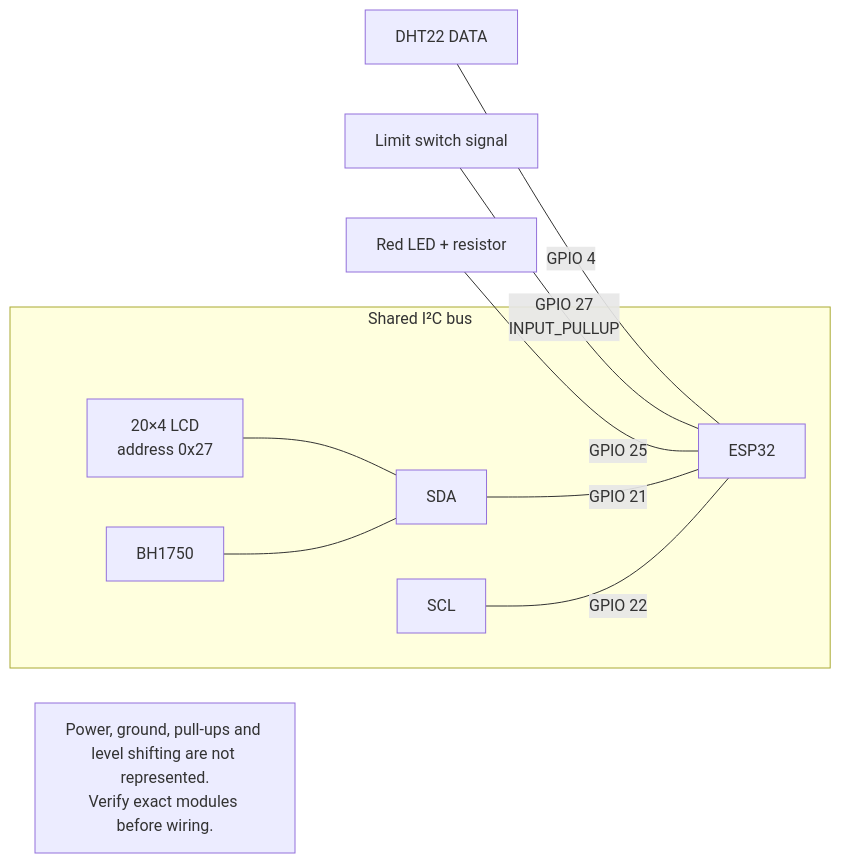
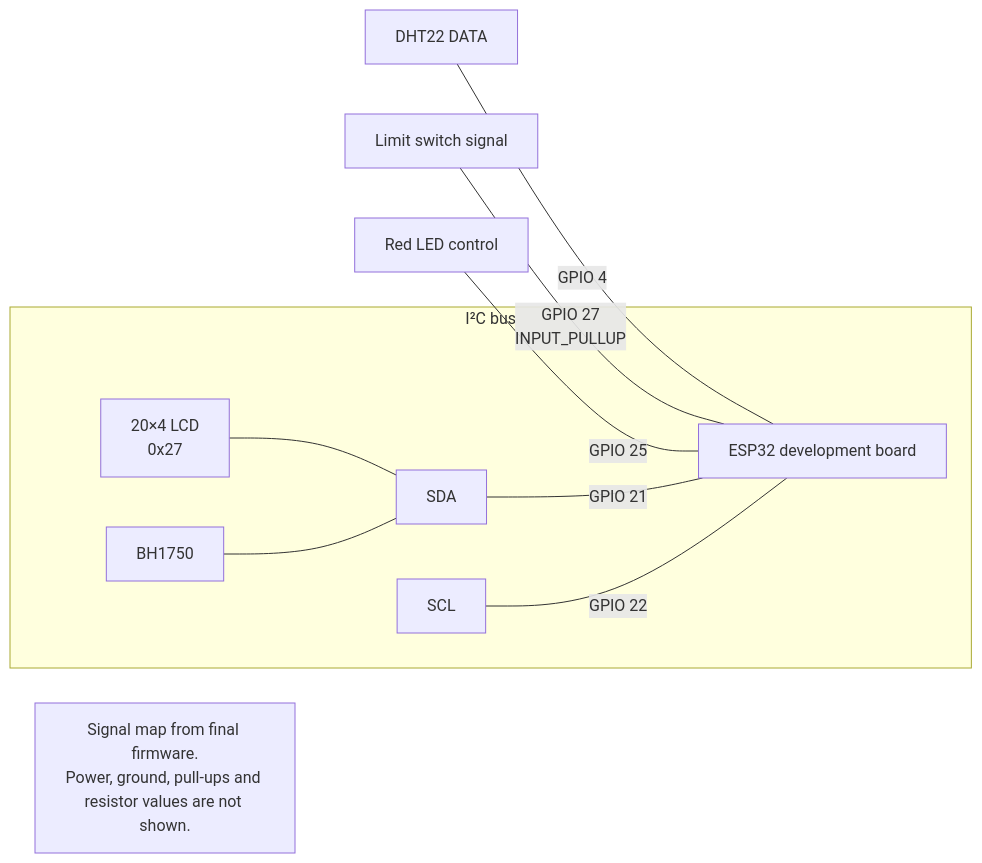
The diagram in Diagrams/STORAGE_NODE_PIN_MAP.mmd (anirudh-kh12/TraceVeda-Hardware), drawn with Mermaid before and after one commit. The commit also changed 40 other files, not shown here.

```diff
--- a/Diagrams/STORAGE_NODE_PIN_MAP.mmd
+++ b/Diagrams/STORAGE_NODE_PIN_MAP.mmd
@@ -1,12 +1,14 @@
 flowchart LR
-  ESP["ESP32"]
+  ESP["ESP32 development board"]
   DHT["DHT22 DATA"] ---|"GPIO 4"| ESP
-  SWITCH["Limit switch signal"] ---|"GPIO 27\nINPUT_PULLUP"| ESP
-  LED["Red LED + resistor"] ---|"GPIO 25"| ESP
-  subgraph I2C["Shared I²C bus"]
+  SW["Limit switch signal"] ---|"GPIO 27\nINPUT_PULLUP"| ESP
+  LED["Red LED control"] ---|"GPIO 25"| ESP
+
+  subgraph BUS["I²C bus"]
     SDA["SDA"] ---|"GPIO 21"| ESP
     SCL["SCL"] ---|"GPIO 22"| ESP
-    LCD["20×4 LCD\naddress 0x27"] --- SDA
+    LCD["20×4 LCD\n0x27"] --- SDA
     BH["BH1750"] --- SDA
   end
-  NOTE["Power, ground, pull-ups and level shifting are not represented.\nVerify exact modules before wiring."]
+
+  NOTE["Signal map from final firmware.\nPower, ground, pull-ups and resistor values are not shown."]
```
